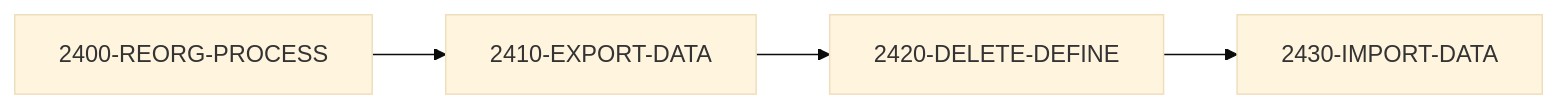
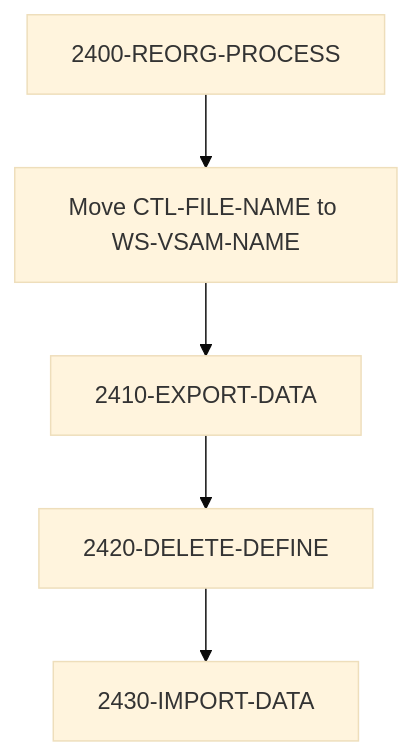
Before and after one commit to haladir-com/legacy-benchmark-docs-vb70e1: the fourth of 5 diagrams in docs/programs/UTLMNT00.mdx, drawn with Mermaid (base theme). The commit also changed other lines of this file and 64 other files, not shown here.

````diff
--- a/docs/programs/UTLMNT00.mdx
+++ b/docs/programs/UTLMNT00.mdx
@@ -59,6 +240,7 @@
 ```mermaid
-graph LR
-    A[2400-REORG-PROCESS] --> B[2410-EXPORT-DATA]
-    B --> C[2420-DELETE-DEFINE]
-    C --> D[2430-IMPORT-DATA]
+flowchart TD
+    A[2400-REORG-PROCESS] --> B[Move CTL-FILE-NAME to WS-VSAM-NAME]
+    B --> C[2410-EXPORT-DATA]
+    C --> D[2420-DELETE-DEFINE]
+    D --> E[2430-IMPORT-DATA]
 ```
````
